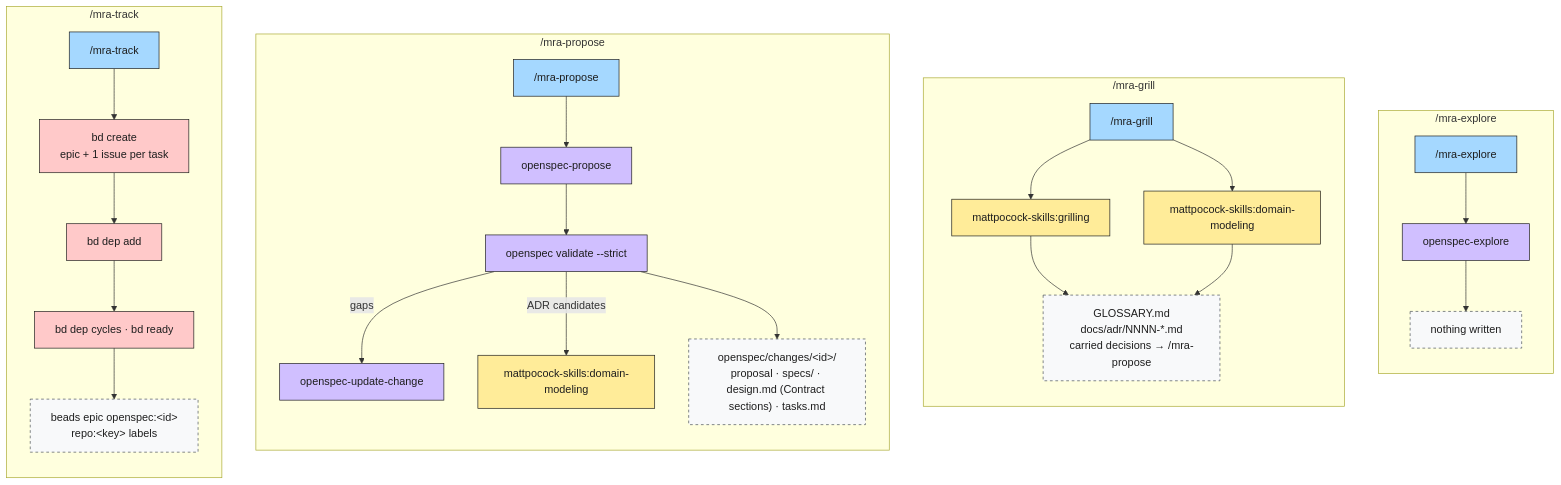
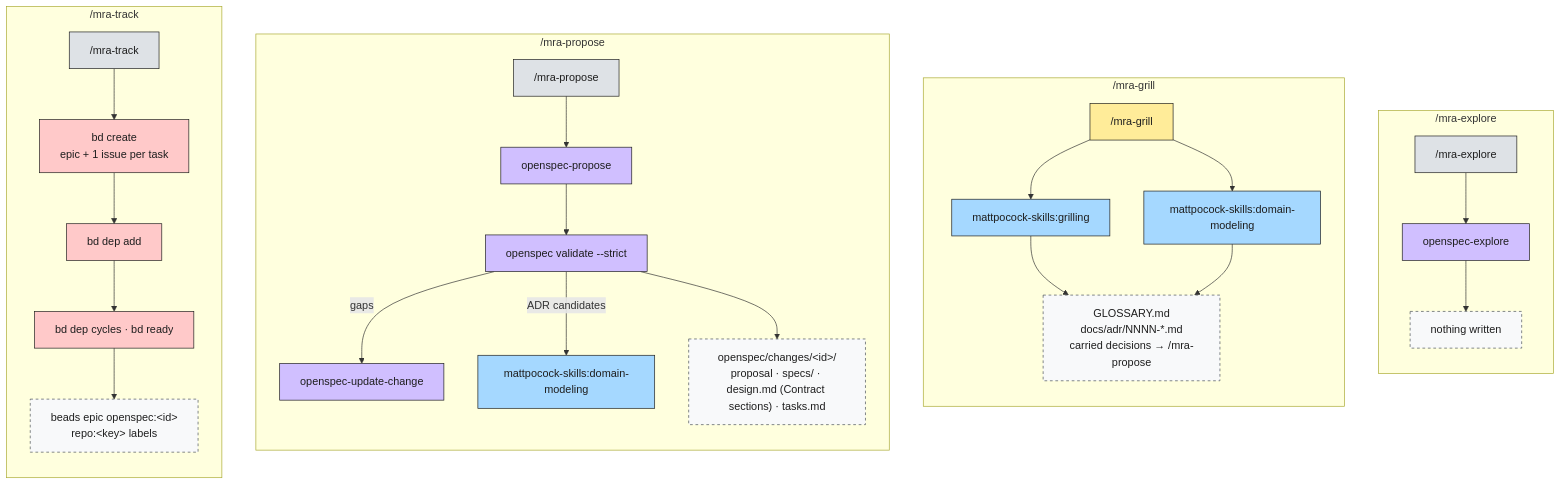
Before and after one commit to Ancora-Ancora/mra-flow: the second of 5 diagrams in payload/orchestrator/.mra-flow/docs/mra-flow.md, drawn with Mermaid. The commit also changed other lines of this file and 2 other files, not shown here.

First line of the commit message:
Colour the flow diagram by skill author; release 0.1.9

````diff
--- a/payload/orchestrator/.mra-flow/docs/mra-flow.md
+++ b/payload/orchestrator/.mra-flow/docs/mra-flow.md
@@ -64,36 +66,37 @@
 ```mermaid
 flowchart TB
-    classDef phase fill:#a5d8ff,stroke:#1e1e1e,color:#1e1e1e
+    classDef phase fill:#dee2e6,stroke:#1e1e1e,color:#1e1e1e
+    classDef mpwrap fill:#ffec99,stroke:#1e1e1e,color:#1e1e1e
     classDef sp fill:#b2f2bb,stroke:#1e1e1e,color:#1e1e1e
-    classDef mp fill:#ffec99,stroke:#1e1e1e,color:#1e1e1e
+    classDef mp fill:#a5d8ff,stroke:#1e1e1e,color:#1e1e1e
     classDef os fill:#d0bfff,stroke:#1e1e1e,color:#1e1e1e
     classDef bd fill:#ffc9c9,stroke:#1e1e1e,color:#1e1e1e
     classDef art fill:#f8f9fa,stroke:#495057,stroke-dasharray:4 4,color:#1e1e1e
 
     subgraph EX["/mra-explore"]
         direction TB
         ex["/mra-explore"]:::phase --> ex1["openspec-explore"]:::os
         ex1 --> exA["nothing written"]:::art
     end
     subgraph GR["/mra-grill"]
         direction TB
-        gr["/mra-grill"]:::phase --> gr1["mattpocock-skills:grilling"]:::mp
+        gr["/mra-grill"]:::mpwrap --> gr1["mattpocock-skills:grilling"]:::mp
         gr --> gr2["mattpocock-skills:domain-modeling"]:::mp
         gr1 & gr2 --> grA["GLOSSARY.md<br/>docs/adr/NNNN-*.md<br/>carried decisions → /mra-propose"]:::art
     end
     subgraph PR["/mra-propose"]
         direction TB
         pr["/mra-propose"]:::phase --> pr1["openspec-propose"]:::os
         pr1 --> pr2["openspec validate --strict"]:::os
         pr2 -- gaps --> pr3["openspec-update-change"]:::os
         pr2 -- ADR candidates --> pr4["mattpocock-skills:domain-modeling"]:::mp
         pr2 --> prA["openspec/changes/#lt;id#gt;/<br/>proposal · specs/ · design.md (Contract sections) · tasks.md"]:::art
     end
     subgraph TR["/mra-track"]
         direction TB
         tr["/mra-track"]:::phase --> tr1["bd create<br/>epic + 1 issue per task"]:::bd
         tr1 --> tr2["bd dep add"]:::bd
         tr2 --> tr3["bd dep cycles · bd ready"]:::bd
         tr3 --> trA["beads epic openspec:#lt;id#gt;<br/>repo:#lt;key#gt; labels"]:::art
     end
 ```
````
